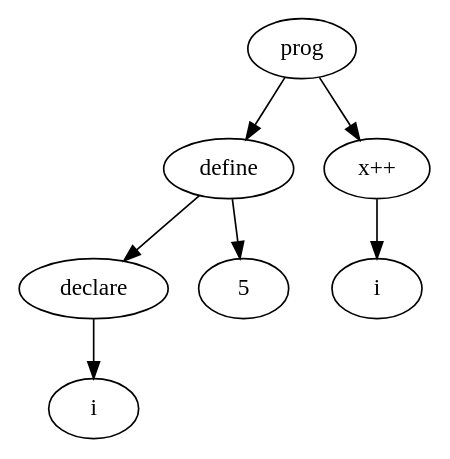
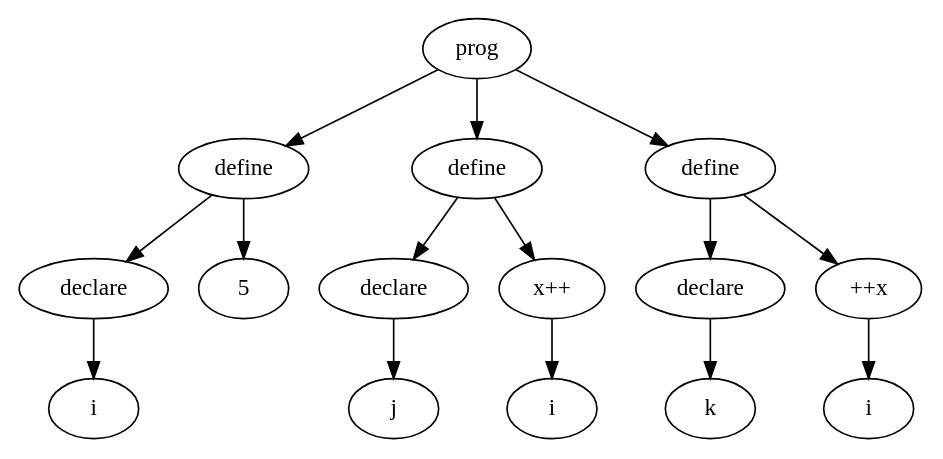
One commit to sampieters/compiler changed the diagram in AST_OPT.dot. Above: the diagram before and after it, drawn with Graphviz. The commit also changed 4 other files, not shown here.

```diff
--- a/AST_OPT.dot
+++ b/AST_OPT.dot
@@ -1,15 +1,31 @@
 digraph AST {
 	node0[label="prog"]
 	node1[label="define"]
 	node0->node1
 	node2[label="declare"]
 	node1->node2
 	node3[label="i"]
 	node2->node3
 	node4[label="5"]
 	node1->node4
-	node5[label="x++"]
+	node5[label="define"]
 	node0->node5
-	node6[label="i"]
+	node6[label="declare"]
 	node5->node6
+	node7[label="j"]
+	node6->node7
+	node8[label="x++"]
+	node5->node8
+	node9[label="i"]
+	node8->node9
+	node10[label="define"]
+	node0->node10
+	node11[label="declare"]
+	node10->node11
+	node12[label="k"]
+	node11->node12
+	node13[label="++x"]
+	node10->node13
+	node14[label="i"]
+	node13->node14
 }
```
